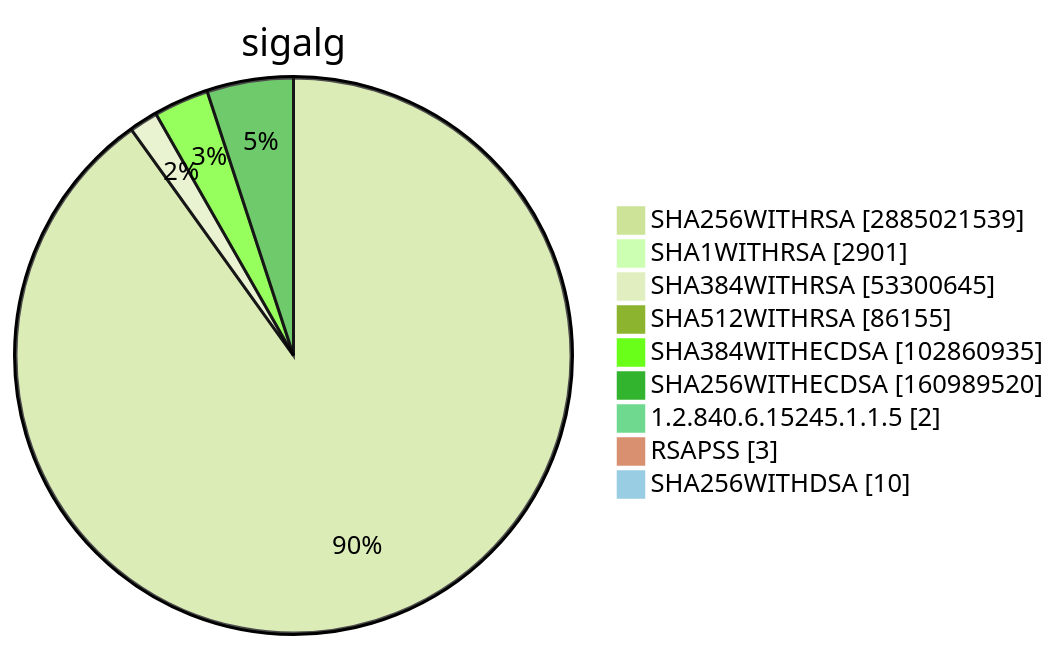
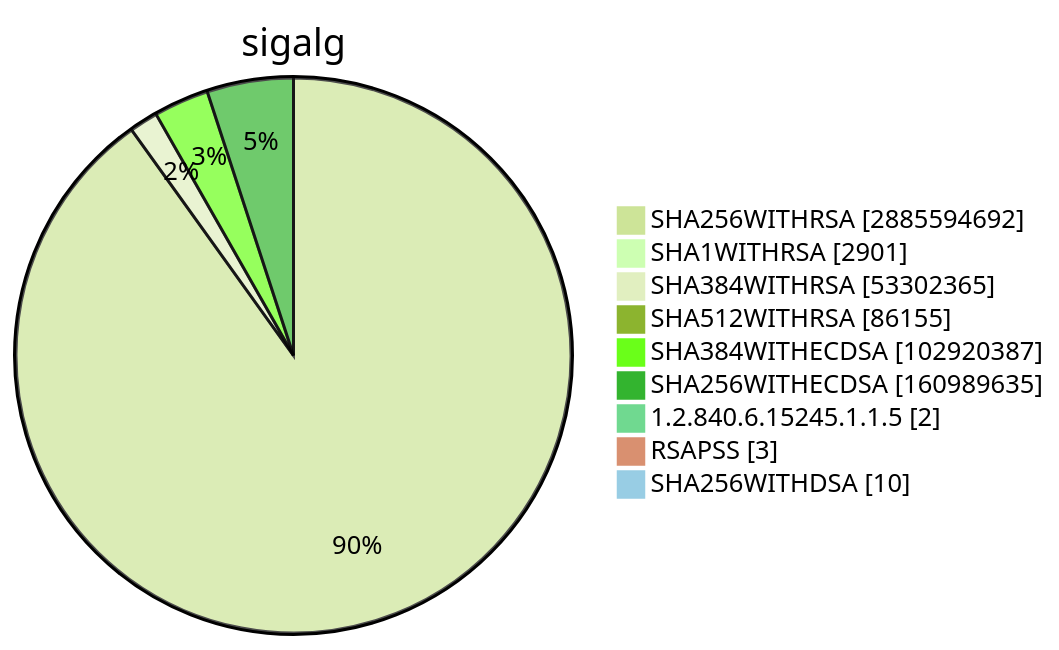
Diagram 15 of 15 in TOTAL/README.md (christiankrug/ctmonitor_visualization), drawn with Mermaid (forest theme) before and after one commit. The commit also changed other lines of this file, not shown here.

````diff
--- a/TOTAL/README.md
+++ b/TOTAL/README.md
@@ -6207,13 +6207,13 @@
 ```mermaid
 pie showData
 title sigalg
-"SHA256WITHRSA" :2885021539
+"SHA256WITHRSA" :2885594692
 "SHA1WITHRSA" :2901
-"SHA384WITHRSA" :53300645
+"SHA384WITHRSA" :53302365
 "SHA512WITHRSA" :86155
-"SHA384WITHECDSA" :102860935
-"SHA256WITHECDSA" :160989520
+"SHA384WITHECDSA" :102920387
+"SHA256WITHECDSA" :160989635
 "1.2.840.6.15245.1.1.5" :2
 "RSAPSS" :3
 "SHA256WITHDSA" :10
 ```
````
